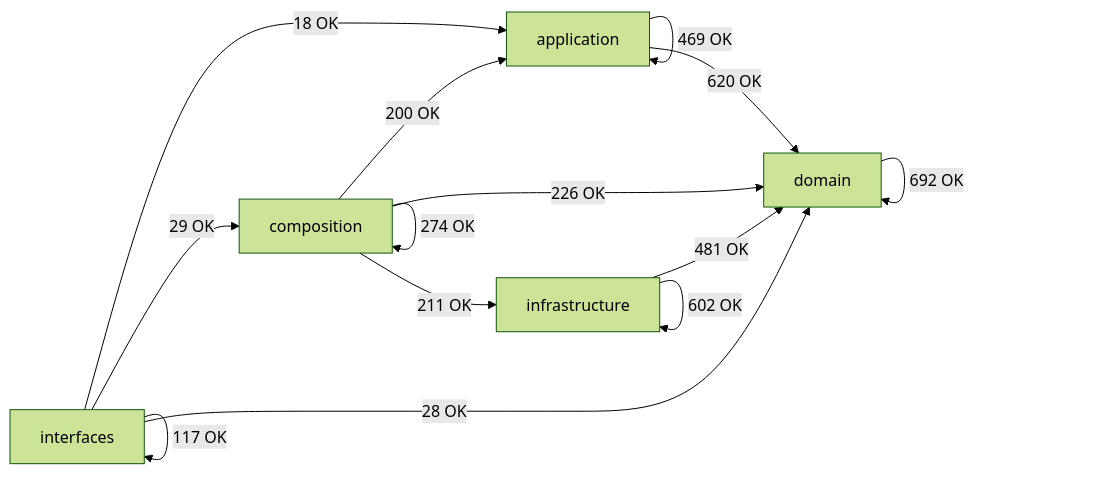
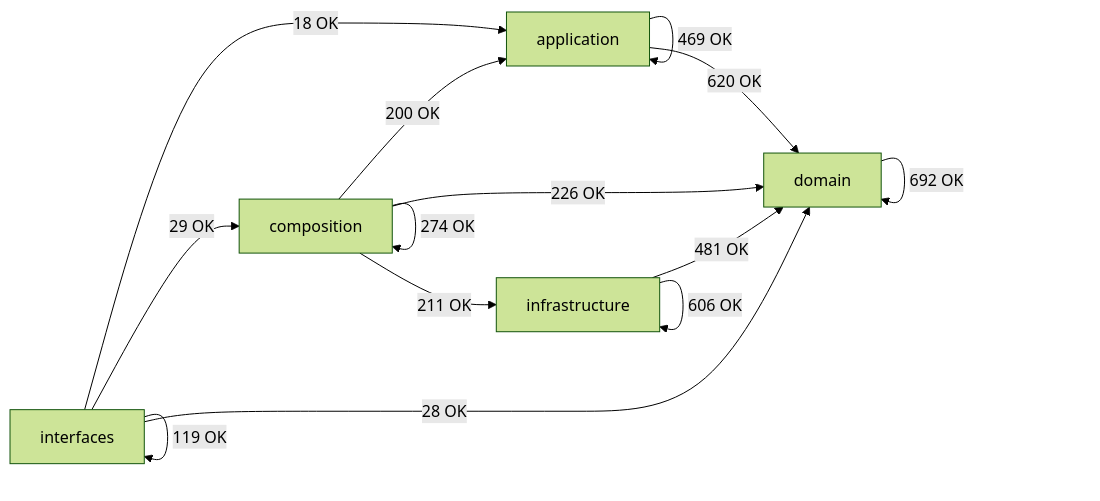
Before and after one commit to SatoryKono/BioactivityDataAcquisition: the diagram in docs/02-architecture/generated/module-dependency-map.md, drawn with Mermaid (forest theme). The commit also changed other lines of this file and 12 other files, not shown here.

````diff
--- a/docs/02-architecture/generated/module-dependency-map.md
+++ b/docs/02-architecture/generated/module-dependency-map.md
@@ -16,21 +16,21 @@
 ```mermaid
 flowchart LR
     domain[domain]
     application[application]
     infrastructure[infrastructure]
     composition[composition]
     interfaces[interfaces]
     application -->|469 OK| application
     application -->|620 OK| domain
     composition -->|200 OK| application
     composition -->|274 OK| composition
     composition -->|226 OK| domain
     composition -->|211 OK| infrastructure
     domain -->|692 OK| domain
     infrastructure -->|481 OK| domain
-    infrastructure -->|602 OK| infrastructure
+    infrastructure -->|606 OK| infrastructure
     interfaces -->|18 OK| application
     interfaces -->|29 OK| composition
     interfaces -->|28 OK| domain
-    interfaces -->|117 OK| interfaces
+    interfaces -->|119 OK| interfaces
 ```
````
